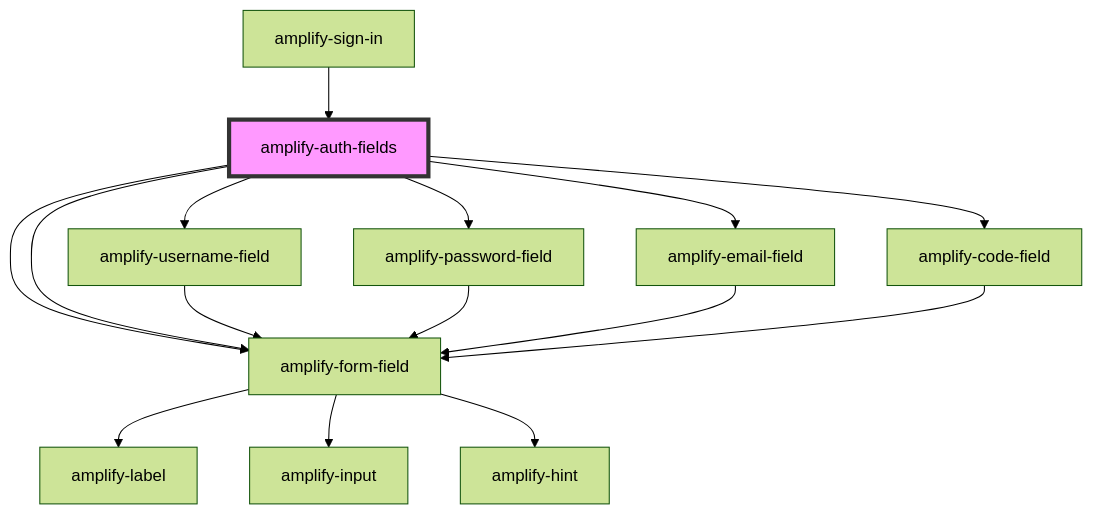
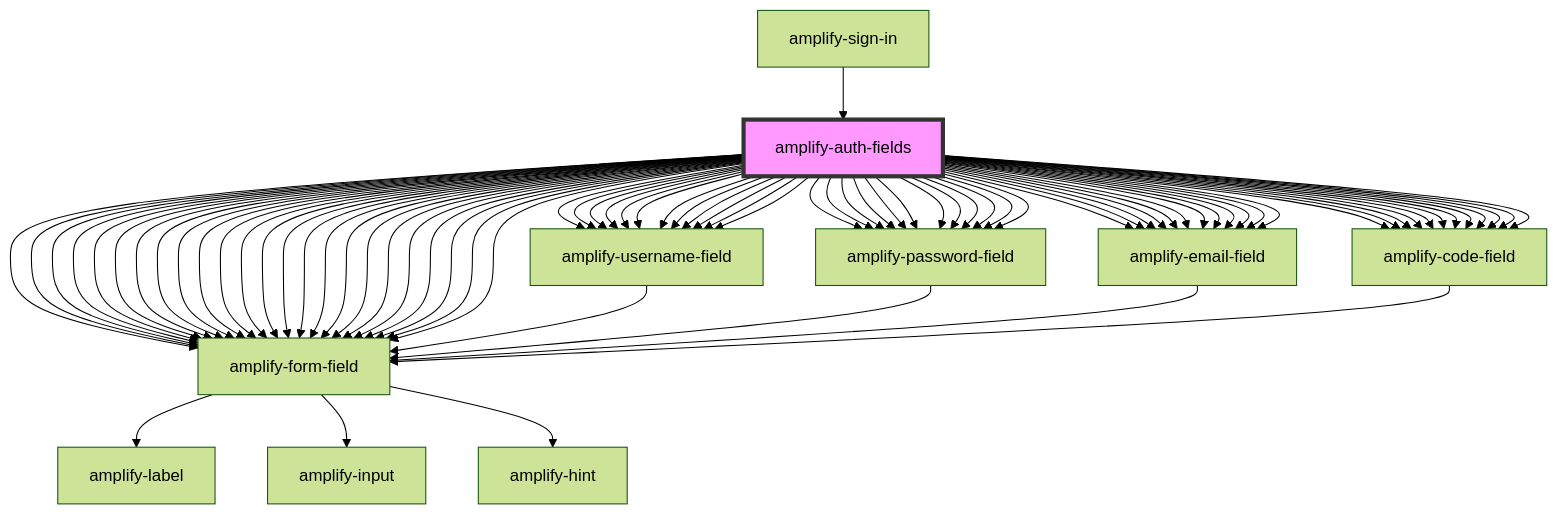
The diagram in packages/amplify-ui-components/src/components/amplify-auth-fields/readme.md (aws-amplify/amplify-js), drawn with Mermaid (forest theme) before and after one commit. The commit also changed other lines of this file and 8 other files, not shown here.

````diff
--- a/packages/amplify-ui-components/src/components/amplify-auth-fields/readme.md
+++ b/packages/amplify-ui-components/src/components/amplify-auth-fields/readme.md
@@ -31,5 +97,71 @@
 ```mermaid
 graph TD;
+  amplify-auth-fields --> amplify-username-field
+  amplify-auth-fields --> amplify-password-field
+  amplify-auth-fields --> amplify-email-field
+  amplify-auth-fields --> amplify-code-field
+  amplify-auth-fields --> amplify-form-field
+  amplify-auth-fields --> amplify-form-field
+  amplify-auth-fields --> amplify-username-field
+  amplify-auth-fields --> amplify-password-field
+  amplify-auth-fields --> amplify-email-field
+  amplify-auth-fields --> amplify-code-field
+  amplify-auth-fields --> amplify-form-field
+  amplify-auth-fields --> amplify-form-field
+  amplify-auth-fields --> amplify-username-field
+  amplify-auth-fields --> amplify-password-field
+  amplify-auth-fields --> amplify-email-field
+  amplify-auth-fields --> amplify-code-field
+  amplify-auth-fields --> amplify-form-field
+  amplify-auth-fields --> amplify-form-field
+  amplify-auth-fields --> amplify-username-field
+  amplify-auth-fields --> amplify-password-field
+  amplify-auth-fields --> amplify-email-field
+  amplify-auth-fields --> amplify-code-field
+  amplify-auth-fields --> amplify-form-field
+  amplify-auth-fields --> amplify-form-field
+  amplify-auth-fields --> amplify-username-field
+  amplify-auth-fields --> amplify-password-field
+  amplify-auth-fields --> amplify-email-field
+  amplify-auth-fields --> amplify-code-field
+  amplify-auth-fields --> amplify-form-field
+  amplify-auth-fields --> amplify-form-field
+  amplify-auth-fields --> amplify-username-field
+  amplify-auth-fields --> amplify-password-field
+  amplify-auth-fields --> amplify-email-field
+  amplify-auth-fields --> amplify-code-field
+  amplify-auth-fields --> amplify-form-field
+  amplify-auth-fields --> amplify-form-field
+  amplify-auth-fields --> amplify-username-field
+  amplify-auth-fields --> amplify-password-field
+  amplify-auth-fields --> amplify-email-field
+  amplify-auth-fields --> amplify-code-field
+  amplify-auth-fields --> amplify-form-field
+  amplify-auth-fields --> amplify-form-field
+  amplify-auth-fields --> amplify-username-field
+  amplify-auth-fields --> amplify-password-field
+  amplify-auth-fields --> amplify-email-field
+  amplify-auth-fields --> amplify-code-field
+  amplify-auth-fields --> amplify-form-field
+  amplify-auth-fields --> amplify-form-field
+  amplify-auth-fields --> amplify-username-field
+  amplify-auth-fields --> amplify-password-field
+  amplify-auth-fields --> amplify-email-field
+  amplify-auth-fields --> amplify-code-field
+  amplify-auth-fields --> amplify-form-field
+  amplify-auth-fields --> amplify-form-field
+  amplify-auth-fields --> amplify-username-field
+  amplify-auth-fields --> amplify-password-field
+  amplify-auth-fields --> amplify-email-field
+  amplify-auth-fields --> amplify-code-field
+  amplify-auth-fields --> amplify-form-field
+  amplify-auth-fields --> amplify-form-field
+  amplify-auth-fields --> amplify-username-field
+  amplify-auth-fields --> amplify-password-field
+  amplify-auth-fields --> amplify-email-field
+  amplify-auth-fields --> amplify-code-field
+  amplify-auth-fields --> amplify-form-field
+  amplify-auth-fields --> amplify-form-field
   amplify-auth-fields --> amplify-username-field
   amplify-auth-fields --> amplify-password-field
   amplify-auth-fields --> amplify-email-field
````
